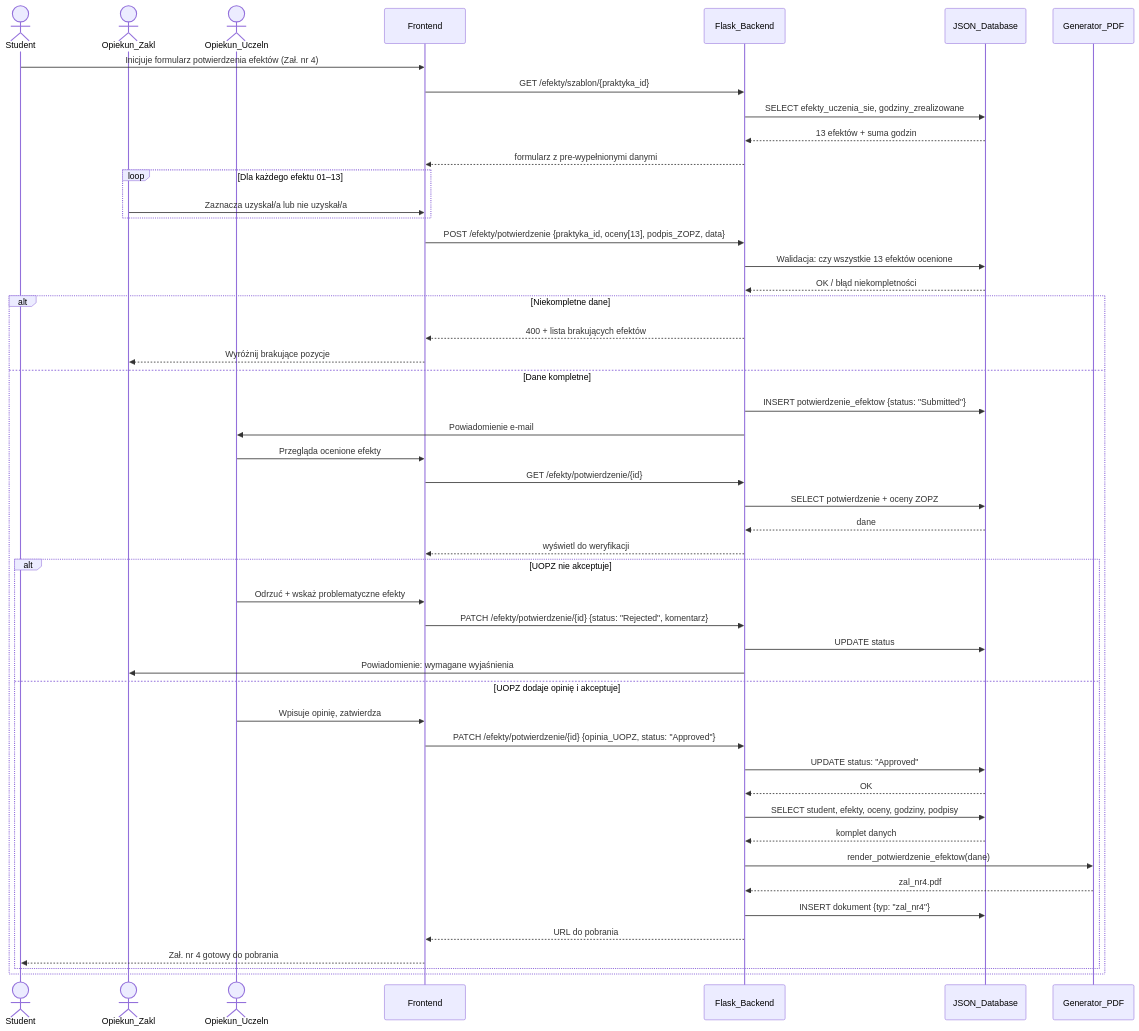
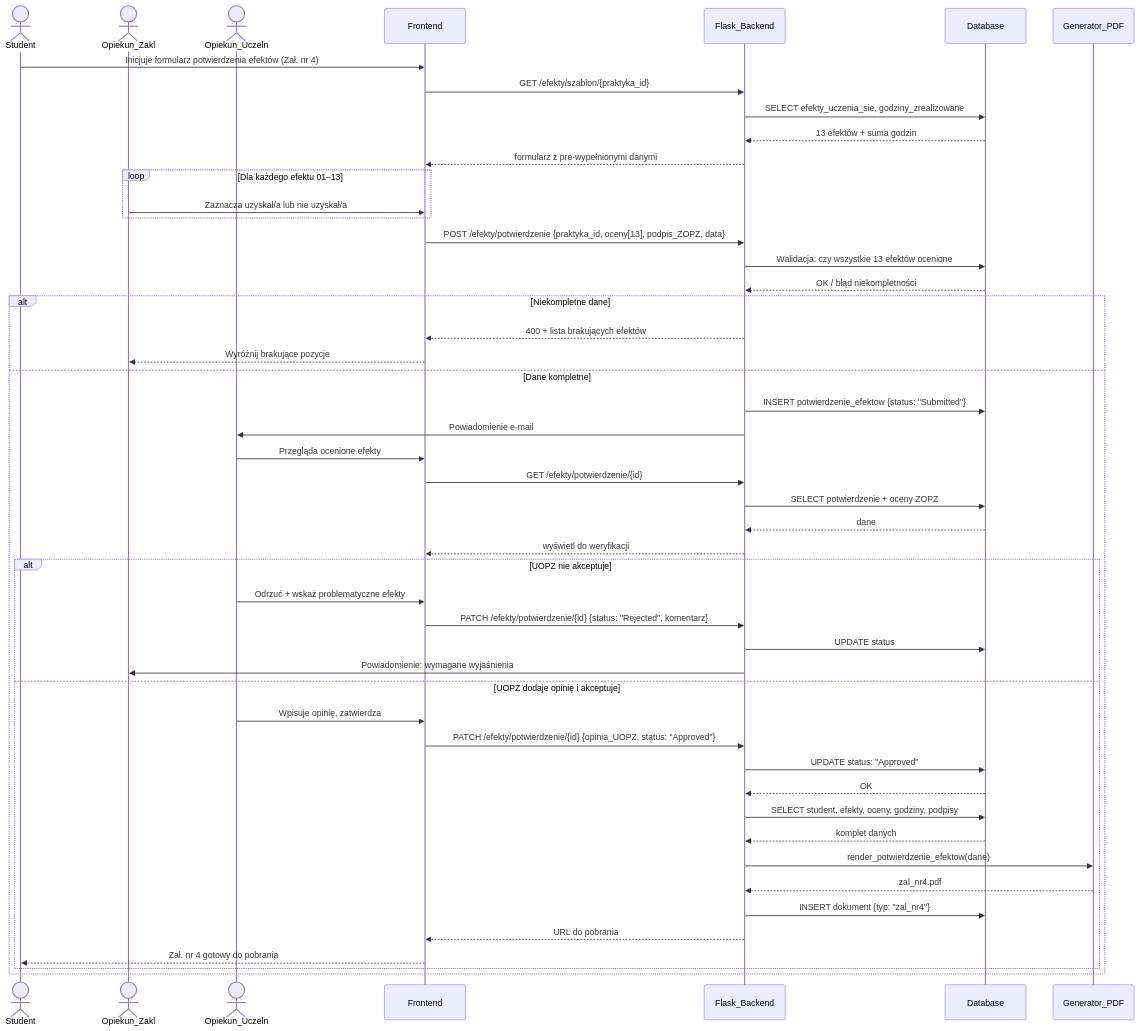
One commit to GacusPL/System-Obslugi-Praktyk-Zawodowych changed the diagram in docs/diagrams/sequence/03_efekty.md. Above: the diagram before and after it, drawn with Mermaid. The commit also changed 16 other files, not shown here.

````diff
--- a/docs/diagrams/sequence/03_efekty.md
+++ b/docs/diagrams/sequence/03_efekty.md
@@ -4,56 +4,56 @@
 ```mermaid
 sequenceDiagram
     actor S as Student
     actor ZOPZ as Opiekun_Zakl
     actor UOPZ as Opiekun_Uczeln
     participant FE as Frontend
     participant FB as Flask_Backend
-    participant J as JSON_Database
+    participant DB as Database
     participant PDF as Generator_PDF
 
     S->>FE: Inicjuje formularz potwierdzenia efektów (Zał. nr 4)
     FE->>FB: GET /efekty/szablon/{praktyka_id}
-    FB->>J: SELECT efekty_uczenia_sie, godziny_zrealizowane
-    J-->>FB: 13 efektów + suma godzin
+    FB->>DB: SELECT efekty_uczenia_sie, godziny_zrealizowane
+    DB-->>FB: 13 efektów + suma godzin
     FB-->>FE: formularz z pre-wypełnionymi danymi
 
     loop Dla każdego efektu 01–13
         ZOPZ->>FE: Zaznacza uzyskał/a lub nie uzyskał/a
     end
     FE->>FB: POST /efekty/potwierdzenie {praktyka_id, oceny[13], podpis_ZOPZ, data}
-    FB->>J: Walidacja: czy wszystkie 13 efektów ocenione
-    J-->>FB: OK / błąd niekompletności
+    FB->>DB: Walidacja: czy wszystkie 13 efektów ocenione
+    DB-->>FB: OK / błąd niekompletności
 
     alt Niekompletne dane
         FB-->>FE: 400 + lista brakujących efektów
         FE-->>ZOPZ: Wyróżnij brakujące pozycje
     else Dane kompletne
-        FB->>J: INSERT potwierdzenie_efektow {status: "Submitted"}
+        FB->>DB: INSERT potwierdzenie_efektow {status: "Submitted"}
         FB->>UOPZ: Powiadomienie e-mail
 
         UOPZ->>FE: Przegląda ocenione efekty
         FE->>FB: GET /efekty/potwierdzenie/{id}
-        FB->>J: SELECT potwierdzenie + oceny ZOPZ
-        J-->>FB: dane
+        FB->>DB: SELECT potwierdzenie + oceny ZOPZ
+        DB-->>FB: dane
         FB-->>FE: wyświetl do weryfikacji
 
         alt UOPZ nie akceptuje
             UOPZ->>FE: Odrzuć + wskaż problematyczne efekty
             FE->>FB: PATCH /efekty/potwierdzenie/{id} {status: "Rejected", komentarz}
-            FB->>J: UPDATE status
+            FB->>DB: UPDATE status
             FB->>ZOPZ: Powiadomienie: wymagane wyjaśnienia
         else UOPZ dodaje opinię i akceptuje
             UOPZ->>FE: Wpisuje opinię, zatwierdza
             FE->>FB: PATCH /efekty/potwierdzenie/{id} {opinia_UOPZ, status: "Approved"}
-            FB->>J: UPDATE status: "Approved"
-            J-->>FB: OK
-            FB->>J: SELECT student, efekty, oceny, godziny, podpisy
-            J-->>FB: komplet danych
+            FB->>DB: UPDATE status: "Approved"
+            DB-->>FB: OK
+            FB->>DB: SELECT student, efekty, oceny, godziny, podpisy
+            DB-->>FB: komplet danych
             FB->>PDF: render_potwierdzenie_efektow(dane)
             PDF-->>FB: zal_nr4.pdf
-            FB->>J: INSERT dokument {typ: "zal_nr4"}
+            FB->>DB: INSERT dokument {typ: "zal_nr4"}
             FB-->>FE: URL do pobrania
             FE-->>S: Zał. nr 4 gotowy do pobrania
         end
     end
 ```
````
